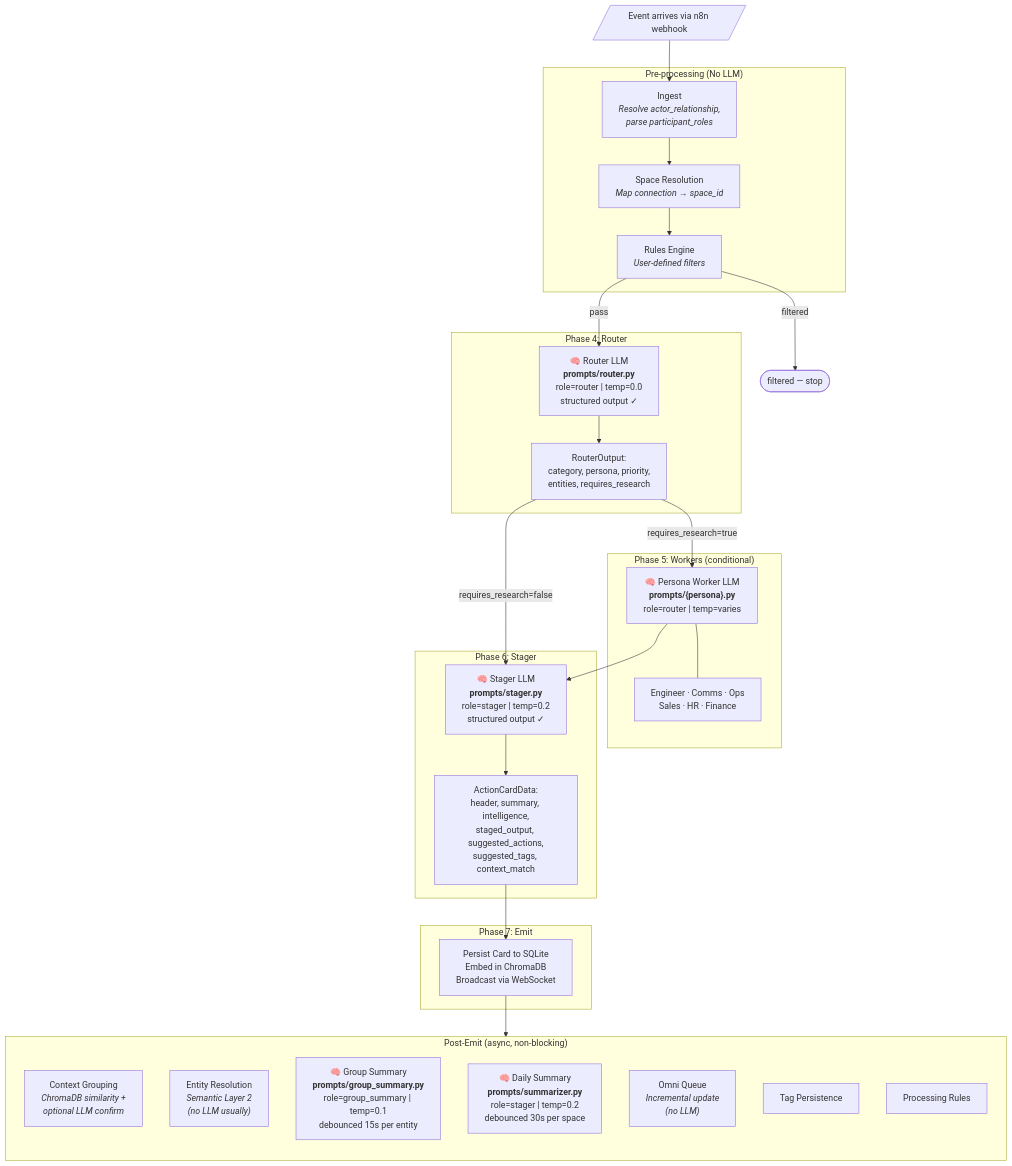
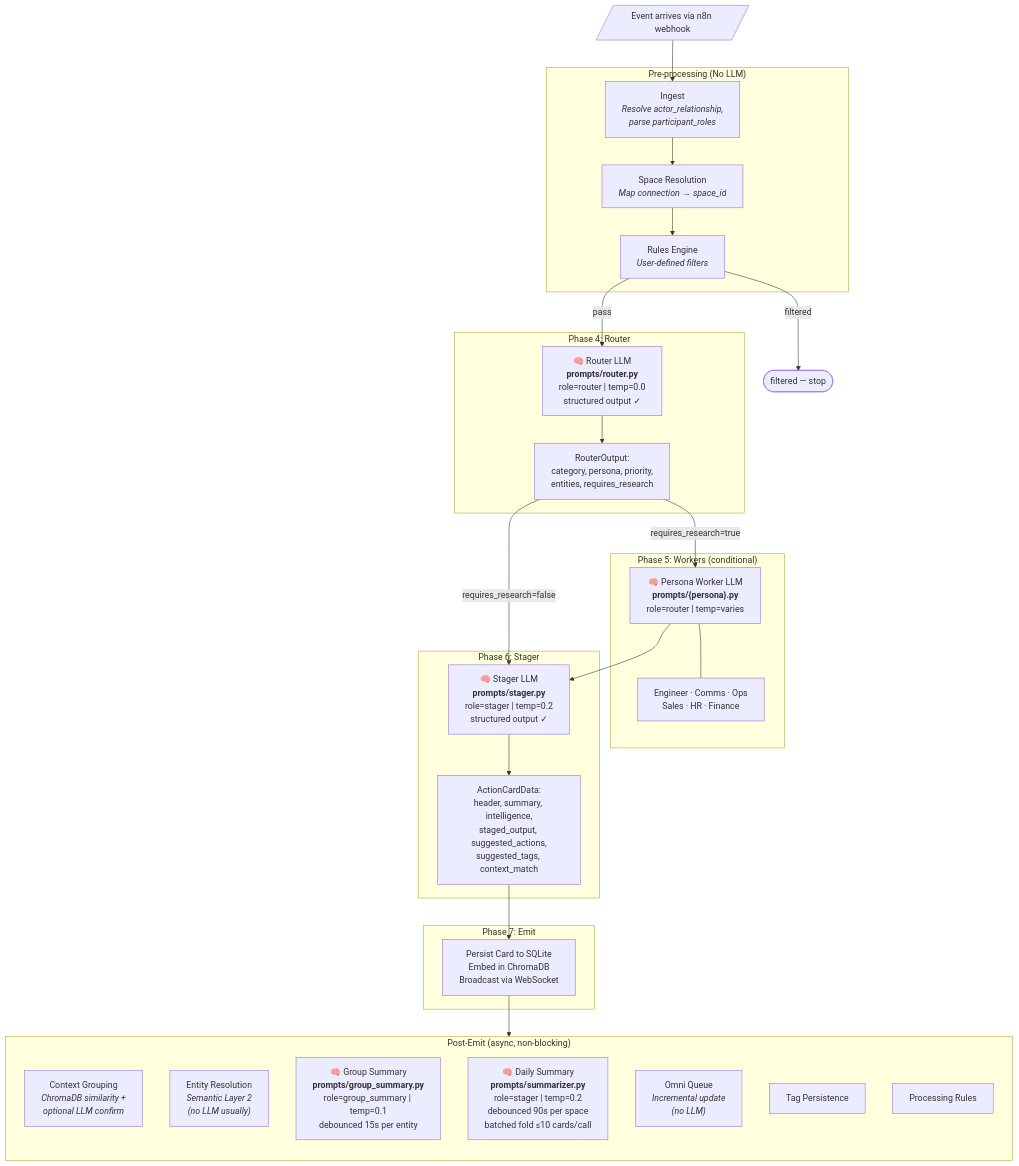
The first of 7 diagrams in engine/docs/pipeline-lifecycle.md (aayushch/laya), drawn with Mermaid before and after one commit. The commit also changed 67 other files, not shown here.

````diff
--- a/engine/docs/pipeline-lifecycle.md
+++ b/engine/docs/pipeline-lifecycle.md
@@ -5,64 +5,64 @@
 ```mermaid
 flowchart TD
     %% ─── Event Arrival ───
     EV[/"Event arrives via n8n webhook"/]
     EV --> INGEST
 
     %% ─── Phase 1-3: Pre-processing (No LLM) ───
     subgraph PRE["Pre-processing (No LLM)"]
         INGEST["Ingest<br/><i>Resolve actor_relationship,<br/>parse participant_roles</i>"]
         SPACE["Space Resolution<br/><i>Map connection → space_id</i>"]
         RULES["Rules Engine<br/><i>User-defined filters</i>"]
         INGEST --> SPACE --> RULES
     end
 
     RULES -->|filtered| STOP([filtered — stop])
     RULES -->|pass| ROUTER
 
     %% ─── Phase 4: Router ───
     subgraph ROUTER_PHASE["Phase 4: Router"]
         ROUTER["🧠 Router LLM<br/><b>prompts/router.py</b><br/>role=router | temp=0.0<br/>structured output ✓"]
         ROUTER_OUT["RouterOutput:<br/>category, persona, priority,<br/>entities, requires_research"]
         ROUTER --> ROUTER_OUT
     end
 
     %% ─── Phase 5: Workers (conditional) ───
     ROUTER_OUT -->|requires_research=true| WORKERS
     ROUTER_OUT -->|requires_research=false| STAGER
 
     subgraph WORKER_PHASE["Phase 5: Workers (conditional)"]
         WORKERS["🧠 Persona Worker LLM<br/><b>prompts/{persona}.py</b><br/>role=router | temp=varies"]
         WORKER_LIST["Engineer · Comms · Ops<br/>Sales · HR · Finance"]
         WORKERS --- WORKER_LIST
     end
 
     WORKERS --> STAGER
 
     %% ─── Phase 6: Stager ───
     subgraph STAGER_PHASE["Phase 6: Stager"]
         STAGER["🧠 Stager LLM<br/><b>prompts/stager.py</b><br/>role=stager | temp=0.2<br/>structured output ✓"]
         STAGER_OUT["ActionCardData:<br/>header, summary, intelligence,<br/>staged_output, suggested_actions,<br/>suggested_tags, context_match"]
         STAGER --> STAGER_OUT
     end
 
     STAGER_OUT --> EMIT
 
     %% ─── Phase 7: Emit ───
     subgraph EMIT_PHASE["Phase 7: Emit"]
         EMIT["Persist Card to SQLite<br/>Embed in ChromaDB<br/>Broadcast via WebSocket"]
     end
 
     %% ─── Post-Emit Async Steps ───
     EMIT --> POST_EMIT
 
     subgraph POST_EMIT["Post-Emit (async, non-blocking)"]
         direction TB
         CTX["Context Grouping<br/><i>ChromaDB similarity +<br/>optional LLM confirm</i>"]
         ENT["Entity Resolution<br/><i>Semantic Layer 2<br/>(no LLM usually)</i>"]
         GS["🧠 Group Summary<br/><b>prompts/group_summary.py</b><br/>role=group_summary | temp=0.1<br/>debounced 15s per entity"]
-        DS["🧠 Daily Summary<br/><b>prompts/summarizer.py</b><br/>role=stager | temp=0.2<br/>debounced 30s per space"]
+        DS["🧠 Daily Summary<br/><b>prompts/summarizer.py</b><br/>role=stager | temp=0.2<br/>debounced 90s per space<br/>batched fold ≤10 cards/call"]
         OMNI_Q["Omni Queue<br/><i>Incremental update<br/>(no LLM)</i>"]
         TAGS["Tag Persistence"]
         PRULES["Processing Rules"]
     end
 ```
````
